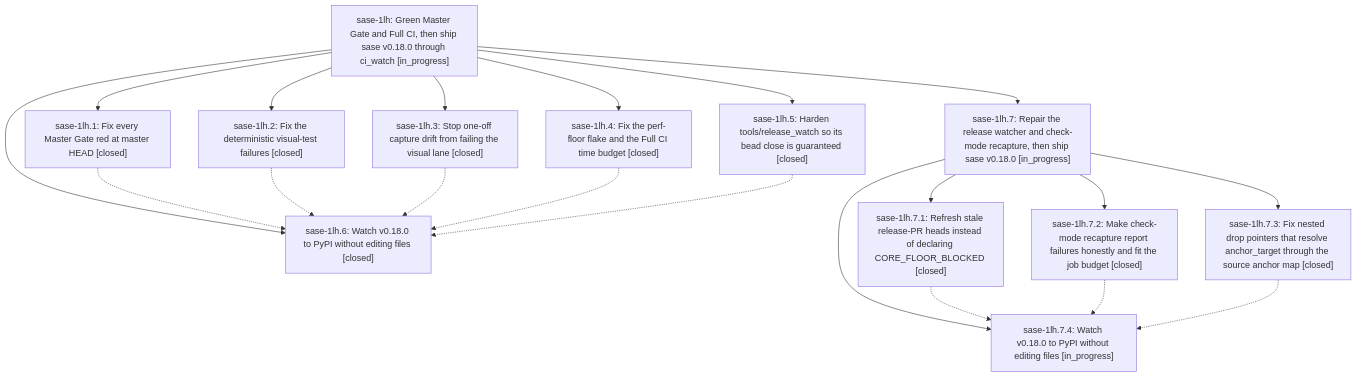
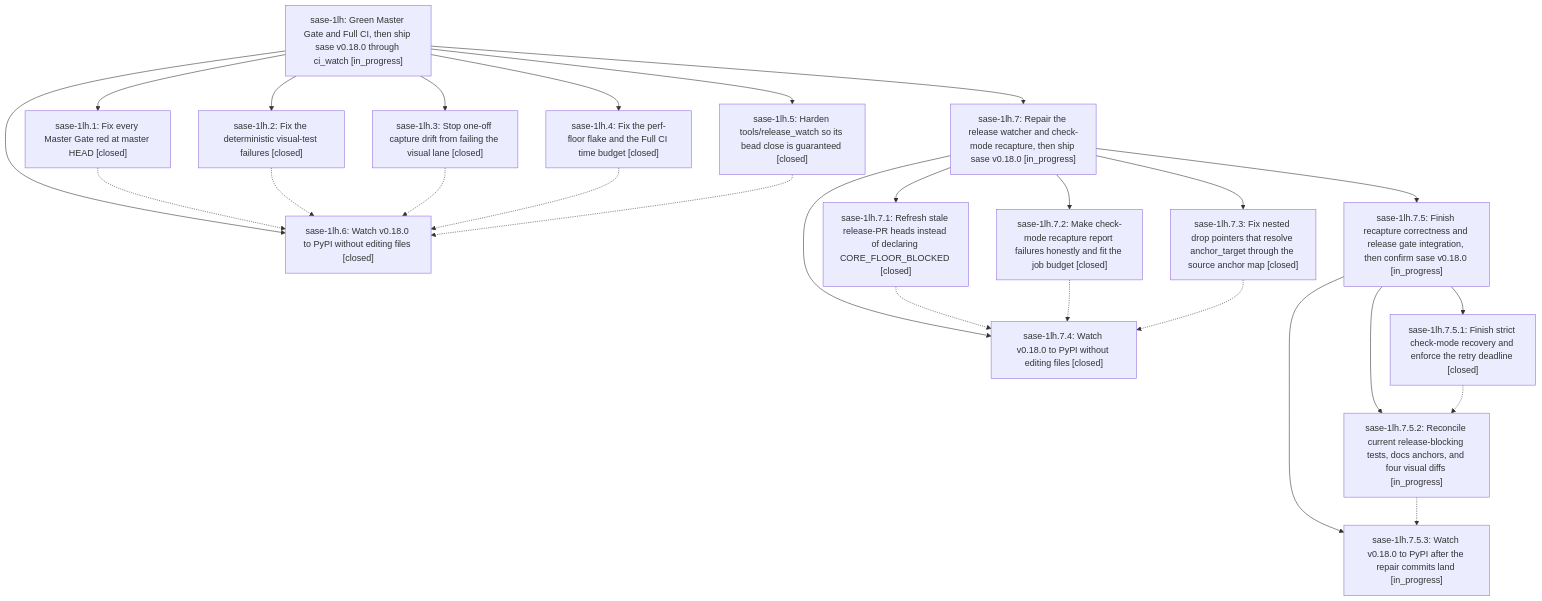
The diagram in pages/sase-1lh/README.md (sase-org/sase--beads), drawn with Mermaid before and after one commit. The commit also changed other lines of this file and 9 other files, not shown here.

````diff
--- a/pages/sase-1lh/README.md
+++ b/pages/sase-1lh/README.md
@@ -95,34 +95,44 @@
 ```mermaid
 flowchart TD
     n0["sase-1lh: Green Master Gate and Full CI, then ship sase v0.18.0 through ci_watch [in_progress]"]
     n1["sase-1lh.1: Fix every Master Gate red at master HEAD [closed]"]
     n2["sase-1lh.2: Fix the deterministic visual-test failures [closed]"]
     n3["sase-1lh.3: Stop one-off capture drift from failing the visual lane [closed]"]
     n4["sase-1lh.4: Fix the perf-floor flake and the Full CI time budget [closed]"]
     n5["sase-1lh.5: Harden tools/release_watch so its bead close is guaranteed [closed]"]
     n6["sase-1lh.6: Watch v0.18.0 to PyPI without editing files [closed]"]
     n7["sase-1lh.7: Repair the release watcher and check-mode recapture, then ship sase v0.18.0 [in_progress]"]
     n8["sase-1lh.7.1: Refresh stale release-PR heads instead of declaring CORE_FLOOR_BLOCKED [closed]"]
     n9["sase-1lh.7.2: Make check-mode recapture report failures honestly and fit the job budget [closed]"]
     n10["sase-1lh.7.3: Fix nested drop pointers that resolve anchor_target through the source anchor map [closed]"]
-    n11["sase-1lh.7.4: Watch v0.18.0 to PyPI without editing files [in_progress]"]
+    n11["sase-1lh.7.4: Watch v0.18.0 to PyPI without editing files [closed]"]
+    n12["sase-1lh.7.5: Finish recapture correctness and release gate integration, then confirm sase v0.18.0 [in_progress]"]
+    n13["sase-1lh.7.5.1: Finish strict check-mode recovery and enforce the retry deadline [closed]"]
+    n14["sase-1lh.7.5.2: Reconcile current release-blocking tests, docs anchors, and four visual diffs [in_progress]"]
+    n15["sase-1lh.7.5.3: Watch v0.18.0 to PyPI after the repair commits land [in_progress]"]
     n0 --> n1
     n0 --> n2
     n0 --> n3
     n0 --> n4
     n0 --> n5
     n0 --> n6
     n0 --> n7
     n7 --> n8
     n7 --> n9
     n7 --> n10
     n7 --> n11
+    n7 --> n12
+    n12 --> n13
+    n12 --> n14
+    n12 --> n15
     n1 -.-> n6
     n2 -.-> n6
     n3 -.-> n6
     n4 -.-> n6
     n5 -.-> n6
     n8 -.-> n11
     n9 -.-> n11
     n10 -.-> n11
+    n13 -.-> n14
+    n14 -.-> n15
 ```
````
